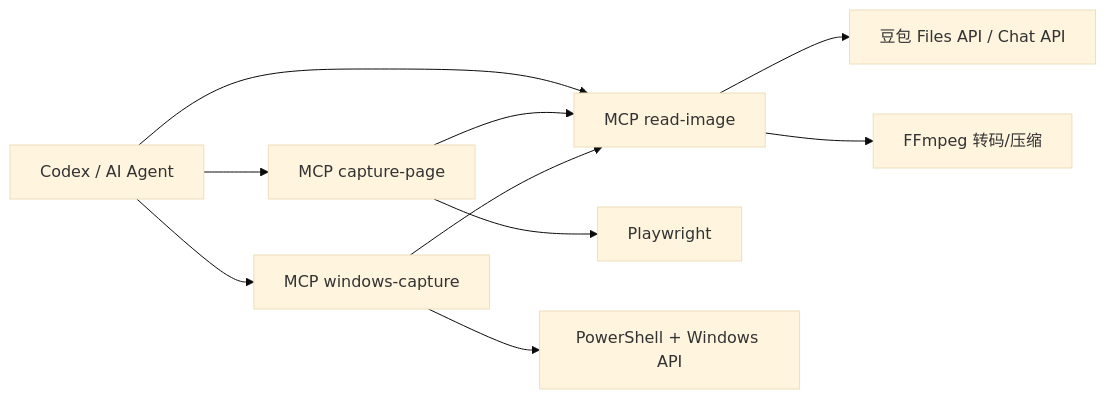
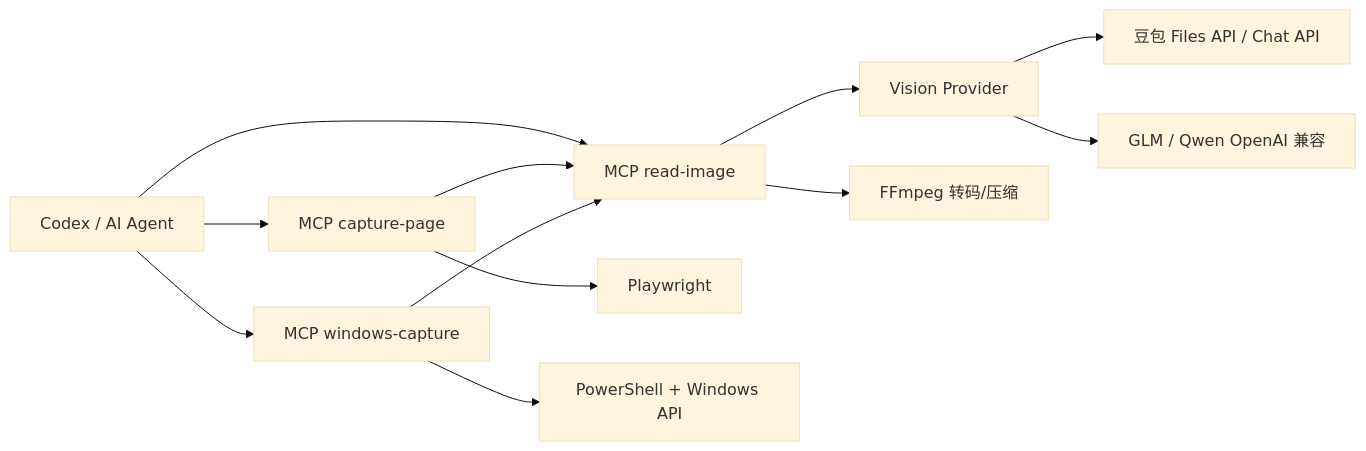
Before and after one commit to ZXY1240/read-image: the diagram in README.md, drawn with Mermaid (base theme). The commit also changed other lines of this file and 35 other files, not shown here.

````diff
--- a/README.md
+++ b/README.md
@@ -16,12 +16,14 @@
 ```mermaid
 flowchart LR
   A[Codex / AI Agent] --> B[MCP read-image]
   A --> C[MCP capture-page]
   A --> D[MCP windows-capture]
-  B --> E[豆包 Files API / Chat API]
+  B --> E[Vision Provider]
   B --> F[FFmpeg 转码/压缩]
+  E --> E1[豆包 Files API / Chat API]
+  E --> E2[GLM / Qwen OpenAI 兼容]
   C --> G[Playwright]
   D --> H[PowerShell + Windows API]
   C --> B
   D --> B
 ```
````
